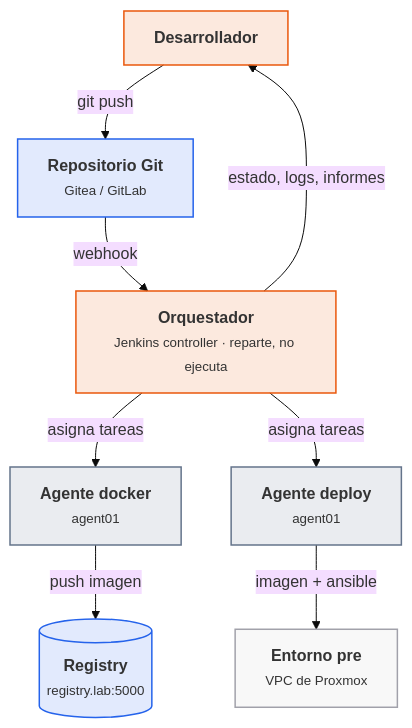
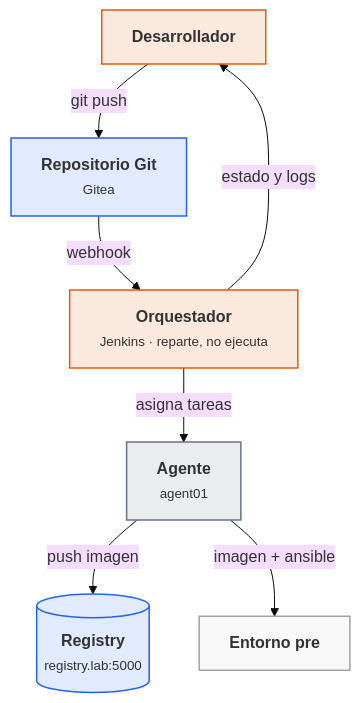
One commit to victor-educ/apuntes-5166 changed the second of 7 diagrams in docs/ut/ut6-ci.md. Above: the diagram before and after it, drawn with Mermaid (base theme). The commit also changed other lines of this file and 5 other files, not shown here.

````diff
--- a/docs/ut/ut6-ci.md
+++ b/docs/ut/ut6-ci.md
@@ -69,23 +64,19 @@
 ```mermaid
 flowchart TB
     DEV["<b>Desarrollador</b>"]:::act
-    REPO["<b>Repositorio Git</b><br><small>Gitea / GitLab</small>"]:::dato
-    CTRL["<b>Orquestador</b><br><small>Jenkins controller · reparte, no ejecuta</small>"]:::act
-    AG1["<b>Agente docker</b><br><small>agent01</small>"]:::pieza
-    AG2["<b>Agente deploy</b><br><small>agent01</small>"]:::pieza
+    REPO["<b>Repositorio Git</b><br><small>Gitea</small>"]:::dato
+    CTRL["<b>Orquestador</b><br><small>Jenkins · reparte, no ejecuta</small>"]:::act
+    AG["<b>Agente</b><br><small>agent01</small>"]:::pieza
     REG[("<b>Registry</b><br><small>registry.lab:5000</small>")]:::dato
-    ENV["<b>Entorno pre</b><br><small>VPC de Proxmox</small>"]:::infra
+    ENV["<b>Entorno pre</b>"]:::infra
     DEV -->|git push| REPO
     REPO -->|webhook| CTRL
-    CTRL -->|asigna tareas| AG1
-    CTRL -->|asigna tareas| AG2
-    AG1 -->|push imagen| REG
-    AG2 -->|imagen + ansible| ENV
-    CTRL -->|estado, logs, informes| DEV
+    CTRL -->|asigna tareas| AG
+    AG -->|push imagen| REG
+    AG -->|imagen + ansible| ENV
+    CTRL -->|estado y logs| DEV
     classDef act fill:#ea580c22,stroke:#ea580c,stroke-width:1.5px
     classDef pieza fill:#64748b22,stroke:#64748b,stroke-width:1.5px
     classDef dato fill:#2563eb22,stroke:#2563eb,stroke-width:1.5px
     classDef infra fill:#a1a1aa14,stroke:#a1a1aa,stroke-width:1.5px
-    classDef ok fill:#16a34a22,stroke:#16a34a,stroke-width:1.5px
-    classDef riesgo fill:#dc262622,stroke:#dc2626,stroke-width:1.5px
 ```
````
